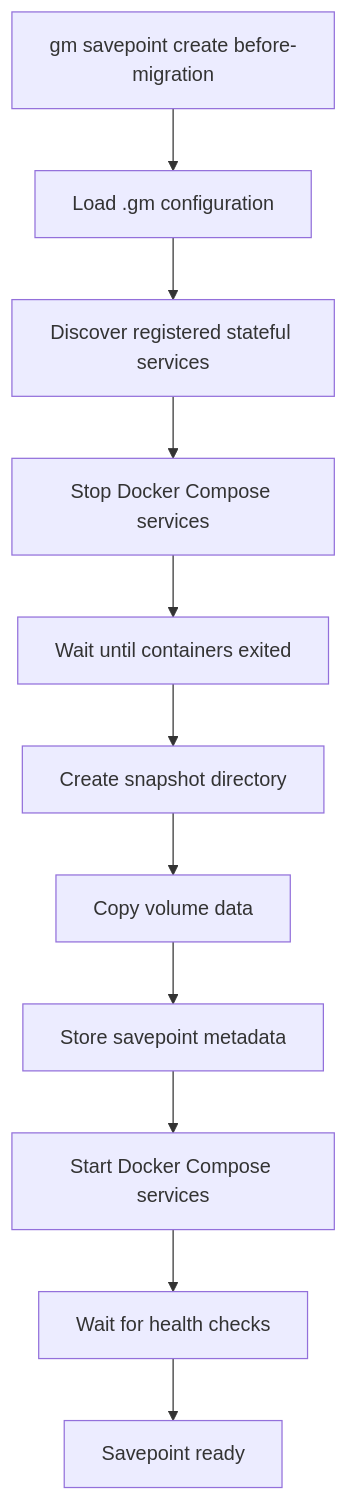
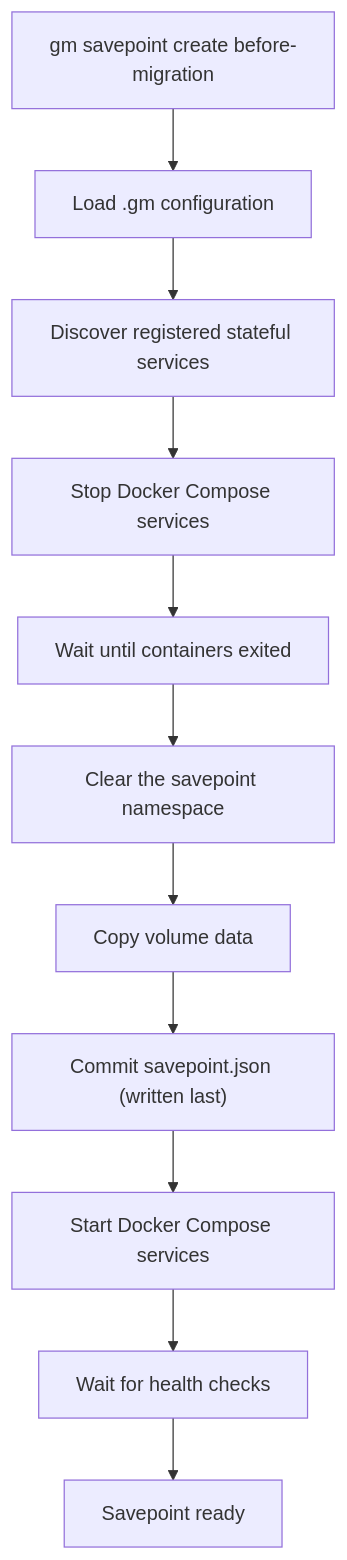
One commit to GreenmaskIO/arcave changed the first of 2 diagrams in doc/spec.md. Above: the diagram before and after it, drawn with Mermaid. The commit also changed other lines of this file and 102 other files, not shown here.

First line of the commit message:
refactor: layered architecture, strict config, pluggable snapshot backend

````diff
--- a/doc/spec.md
+++ b/doc/spec.md
@@ -53,14 +53,14 @@
 ```mermaid
 flowchart TD
     A["gm savepoint create before-migration"]
     A --> B["Load .gm configuration"]
     B --> C["Discover registered stateful services"]
     C --> D["Stop Docker Compose services"]
     D --> E["Wait until containers exited"]
-    E --> F["Create snapshot directory"]
+    E --> F["Clear the savepoint namespace"]
     F --> G["Copy volume data"]
-    G --> H["Store savepoint metadata"]
+    G --> H["Commit savepoint.json (written last)"]
     H --> I["Start Docker Compose services"]
     I --> J["Wait for health checks"]
     J --> K["Savepoint ready"]
 ```
````
